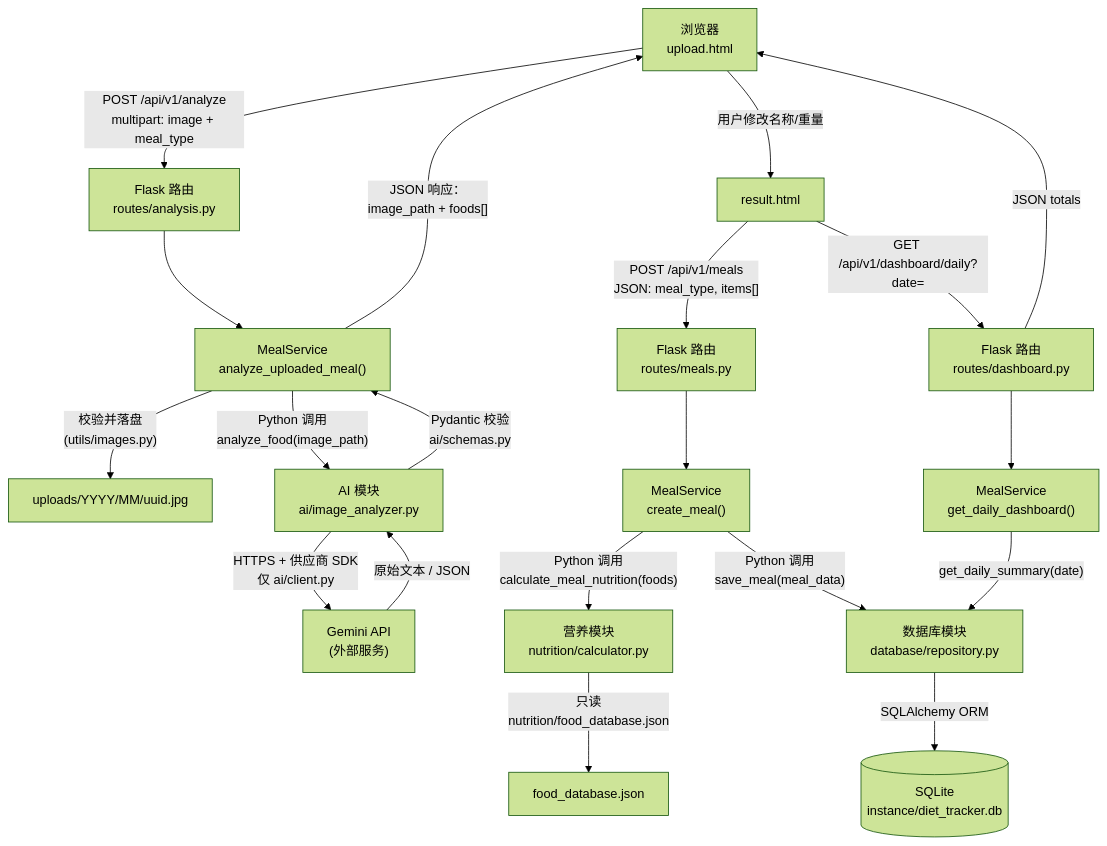
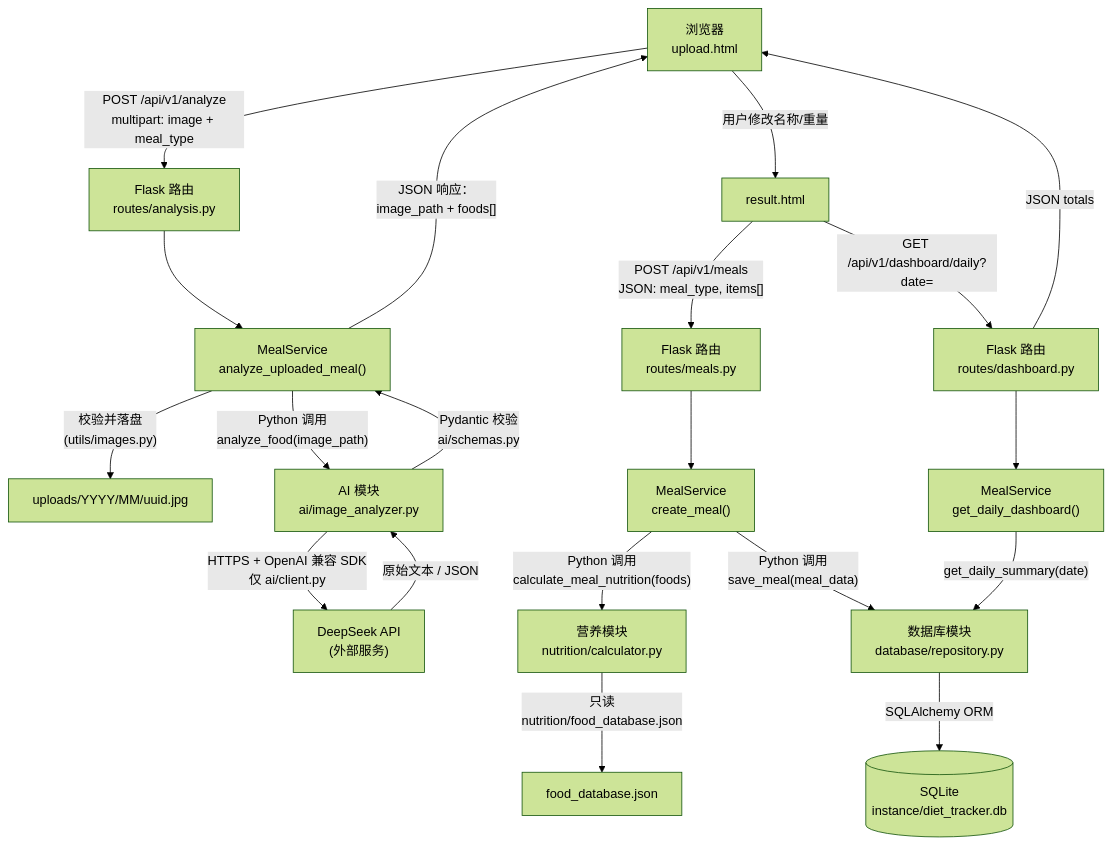
One commit to leonardo-weasley/healthy-diet-tracker changed the diagram in docs/00_MAIN_TECHNICAL_ROUTE.md. Above: the diagram before and after it, drawn with Mermaid (forest theme). The commit also changed other lines of this file and 3 other files, not shown here.

````diff
--- a/docs/00_MAIN_TECHNICAL_ROUTE.md
+++ b/docs/00_MAIN_TECHNICAL_ROUTE.md
@@ -36,24 +36,24 @@
 ```mermaid
 flowchart TD
     B["浏览器<br/>upload.html"] -->|"POST /api/v1/analyze<br/>multipart: image + meal_type"| F1["Flask 路由<br/>routes/analysis.py"]
     F1 --> S1["MealService<br/>analyze_uploaded_meal()"]
     S1 -->|"校验并落盘<br/>(utils/images.py)"| U["uploads/YYYY/MM/uuid.jpg"]
     S1 -->|"Python 调用<br/>analyze_food(image_path)"| AI["AI 模块<br/>ai/image_analyzer.py"]
-    AI -->|"HTTPS + 供应商 SDK<br/>仅 ai/client.py"| P["Gemini API<br/>(外部服务)"]
+    AI -->|"HTTPS + OpenAI 兼容 SDK<br/>仅 ai/client.py"| P["DeepSeek API<br/>(外部服务)"]
     P -->|"原始文本 / JSON"| AI
     AI -->|"Pydantic 校验<br/>ai/schemas.py"| S1
     S1 -->|"JSON 响应：<br/>image_path + foods[]"| B
 
     B -->|"用户修改名称/重量"| R["result.html"]
     R -->|"POST /api/v1/meals<br/>JSON: meal_type, items[]"| F2["Flask 路由<br/>routes/meals.py"]
     F2 --> S2["MealService<br/>create_meal()"]
     S2 -->|"Python 调用<br/>calculate_meal_nutrition(foods)"| N["营养模块<br/>nutrition/calculator.py"]
     N -->|"只读<br/>nutrition/food_database.json"| DBF["food_database.json"]
     S2 -->|"Python 调用<br/>save_meal(meal_data)"| D["数据库模块<br/>database/repository.py"]
     D -->|"SQLAlchemy ORM"| SQL[("SQLite<br/>instance/diet_tracker.db")]
 
     R -->|"GET /api/v1/dashboard/daily?date="| F3["Flask 路由<br/>routes/dashboard.py"]
     F3 --> S3["MealService<br/>get_daily_dashboard()"]
     S3 -->|"get_daily_summary(date)"| D
     F3 -->|"JSON totals"| B
 ```
````
